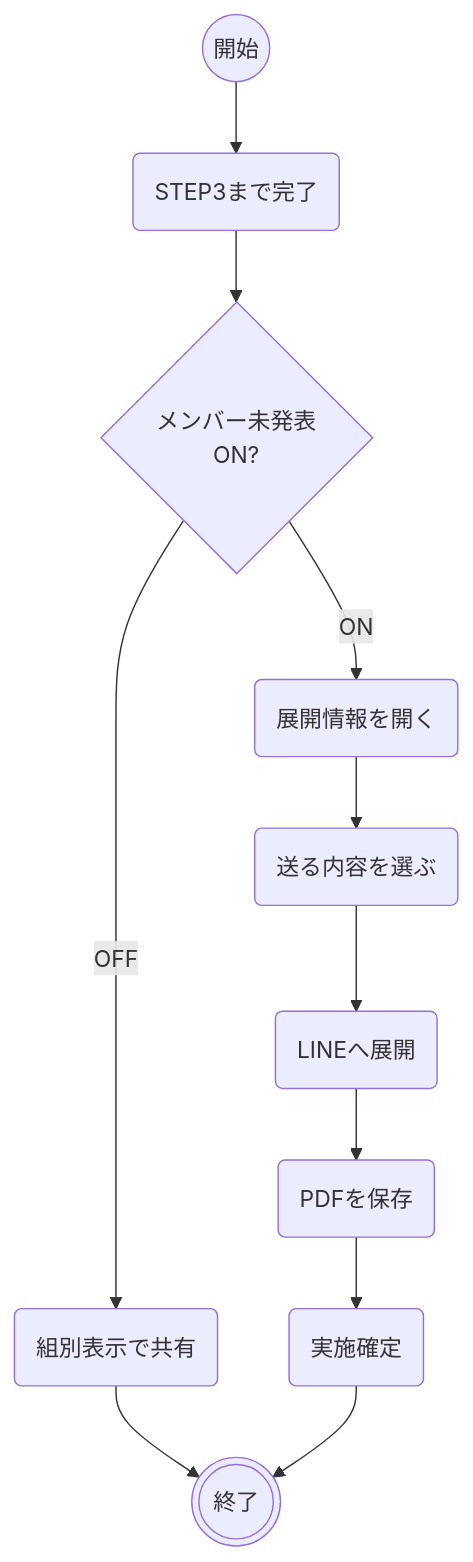
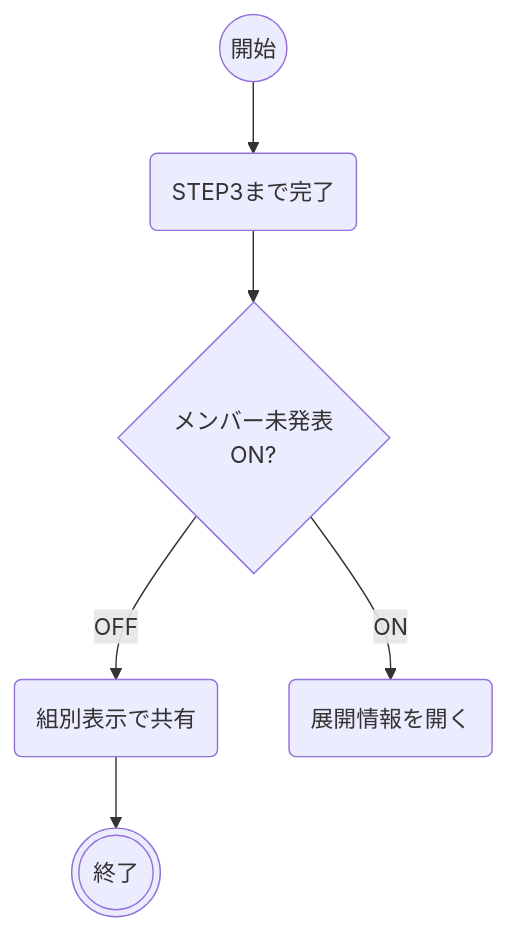
One commit to tcb15-admin/tcb-tools changed the fifth of 16 diagrams in boys15/docs/TCB-MAN-001_道具割り振りツール_操作マニュアル_v1.5.md. Above: the diagram before and after it, drawn with Mermaid. The commit also changed other lines of this file and 3 other files, not shown here.

First line of the commit message:
fix: 15期マニュアルv1.12でフロー図のPDF途中切れを防止

````diff
--- a/boys15/docs/TCB-MAN-001_道具割り振りツール_操作マニュアル_v1.5.md
+++ b/boys15/docs/TCB-MAN-001_道具割り振りツール_操作マニュアル_v1.5.md
@@ -180,13 +195,8 @@
 ```mermaid
 flowchart TD
     S((開始)) --> P3(STEP3まで完了)
     P3 --> MU{メンバー未発表<br/>ON?}
     MU -->|OFF| N(組別表示で共有)
     N --> E(((終了)))
     MU -->|ON| OP(展開情報を開く)
-    OP --> OPT(送る内容を選ぶ)
-    OPT --> SEND(LINEへ展開)
-    SEND --> PDF(PDFを保存)
-    PDF --> CF(実施確定)
-    CF --> E
 ```
````
